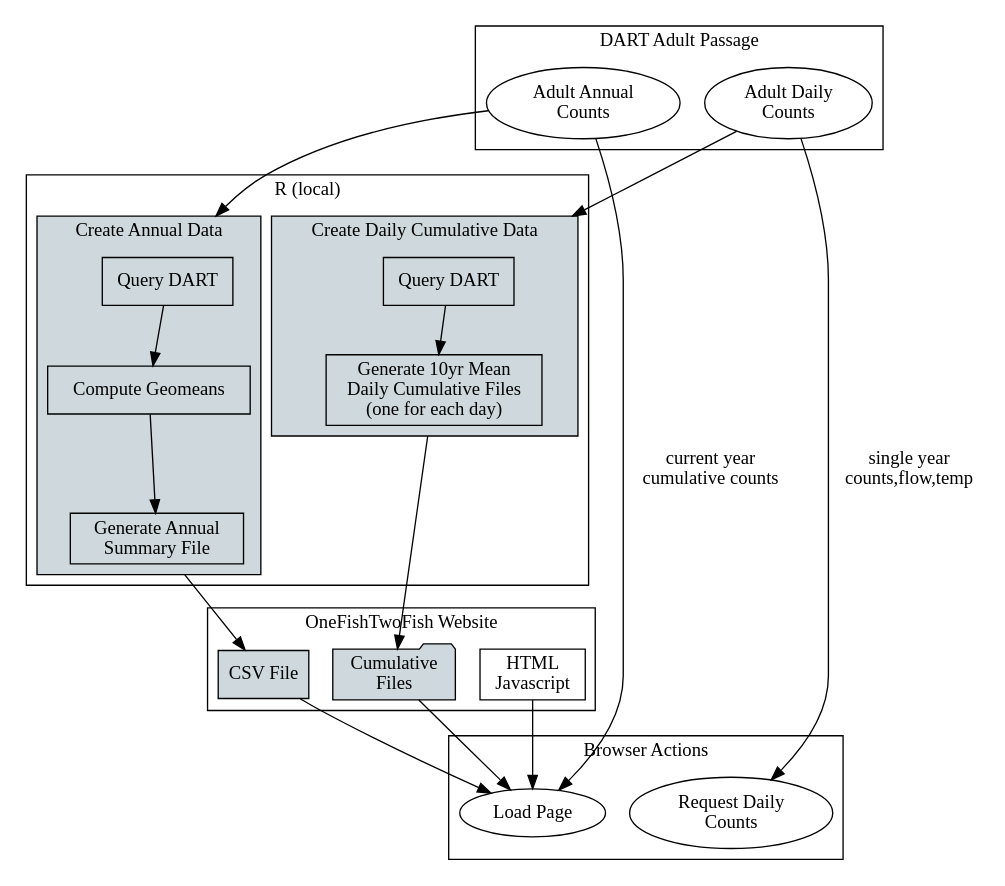
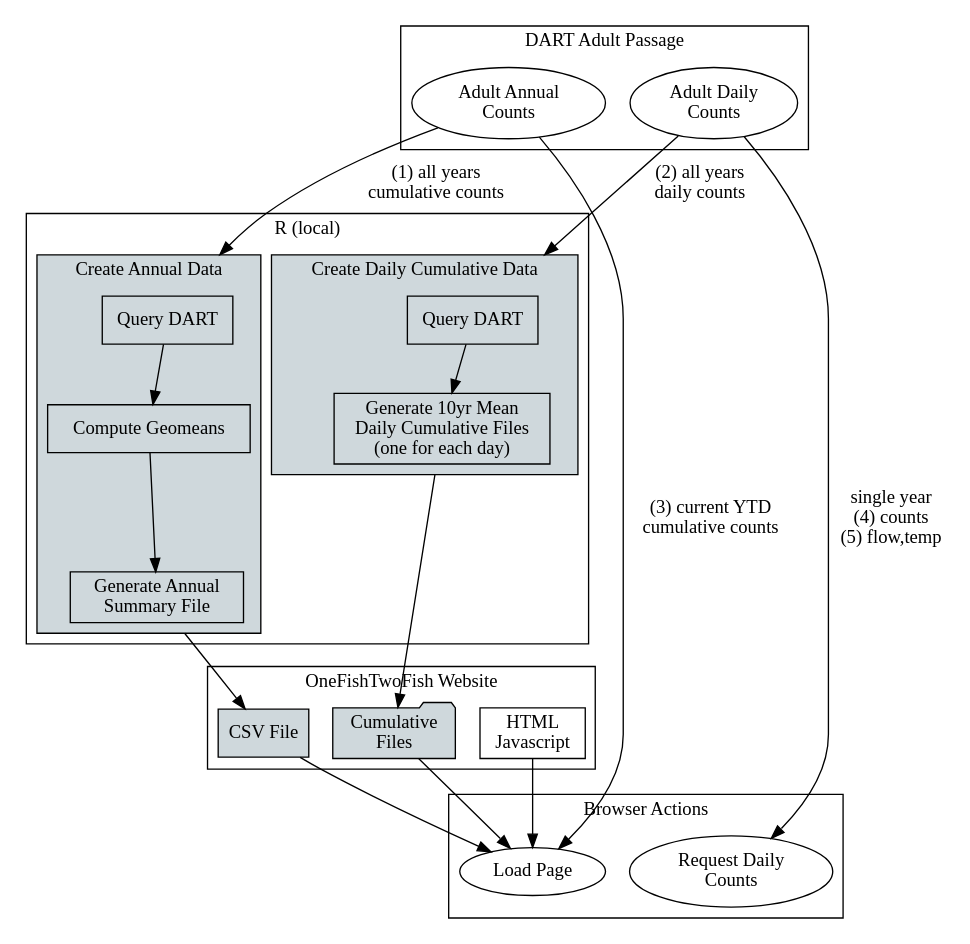
Before and after one commit to salmonetics/bpa: the diagram in damcounts/damcounts.gv.dot, drawn with Graphviz. The commit also changed 1 other file, not shown here.

```diff
--- a/damcounts/damcounts.gv.dot
+++ b/damcounts/damcounts.gv.dot
@@ -1,62 +1,62 @@
 digraph {
   node [ fontname="Handlee" ];
   compound=true
   subgraph cluster_frontend {
     label="DART Adult Passage";
     adult_annual [label="Adult Annual\nCounts"];
     adult_daily [label="Adult Daily\nCounts"];
   }
       
   subgraph cluster_backend {
     label="R (local)";
 
     subgraph cluster_annual {
         fillcolor="#CFD8DC"
         style="filled"
         fontcolor="black"        
         label="Create Annual Data"
         annual_query [label="Query DART" shape=polygon];
         generate_annual_summary [label="Generate Annual\nSummary File" shape=polygon];
         geomean [label="Compute Geomeans" shape=polygon]
     }
     
     subgraph cluster_daily{
         fillcolor="#CFD8DC"
         style="filled"
         fontcolor="black"        
         label="Create Daily Cumulative Data"
         generate_daily_cums [label="Generate 10yr Mean\nDaily Cumulative Files\n(one for each day)" shape=polygon];
         daily_query [label="Query DART" shape=polygon];        
     }
 
   }
   
   subgraph cluster_onefish {
     label="OneFishTwoFish Website" 
     cum_folder [shape=folder label="Cumulative\nFiles" fillcolor="#CFD8DC"
     style="filled"
     fontcolor="black"]
     html [shape=rectangle label="HTML\nJavascript"]
     csv [shape=rectangle label="CSV File" fillcolor="#CFD8DC"
     style="filled" fontcolor="black"]
   }
   
   subgraph cluster_browser {
       label="Browser Actions"
       load_page [label="Load Page"]
       request_daily [label="Request Daily\nCounts"]
   }
 
-  adult_annual -> annual_query [lhead=cluster_annual];
-  adult_daily -> daily_query  [lhead=cluster_daily]
+  adult_annual -> annual_query [lhead=cluster_annual label="(1) all years\ncumulative counts"]
+  adult_daily -> daily_query  [lhead=cluster_daily label="(2) all years\ndaily counts"]
   daily_query -> generate_daily_cums
   annual_query -> geomean
   geomean -> generate_annual_summary
   generate_daily_cums -> cum_folder[ltail=cluster_daily]
   generate_annual_summary -> csv [ltail=cluster_annual]
   html -> load_page
   csv -> load_page
-  adult_annual -> load_page [label="current year\ncumulative counts"]
-  adult_daily -> request_daily [label="single year\ncounts,flow,temp"]
+  adult_annual -> load_page [label="(3) current YTD\ncumulative counts"]
+  adult_daily -> request_daily [label="single year\n(4) counts\n(5) flow,temp"]
   cum_folder -> load_page
 }
```
